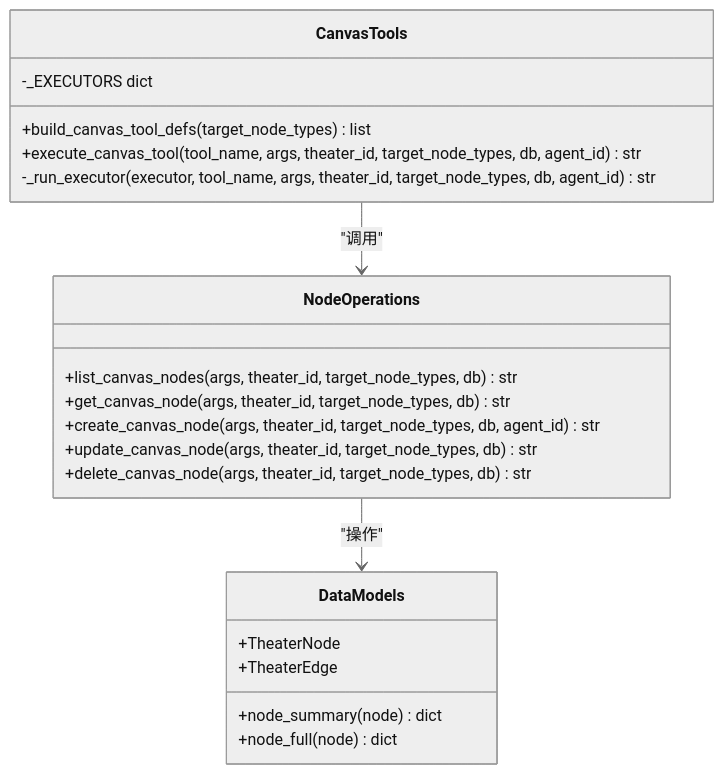
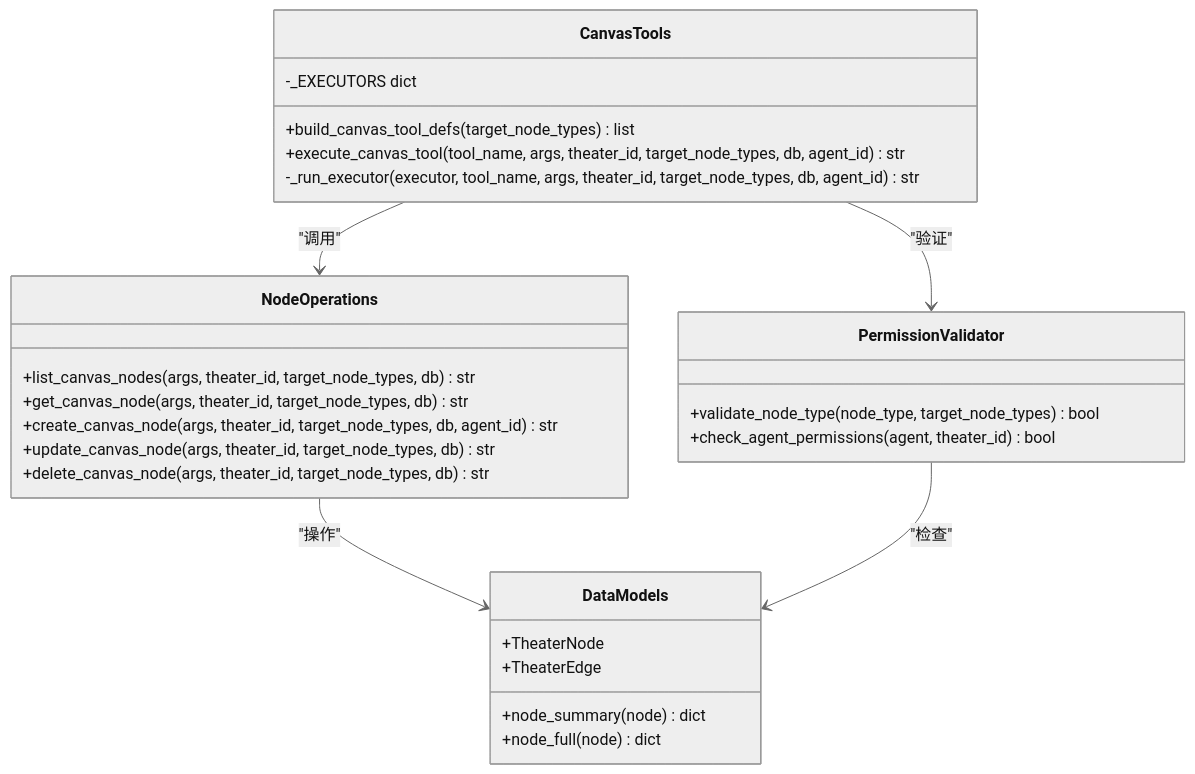
The third of 7 diagrams in .qoder/repowiki/zh/content/后端开发指南/画布工具服务.md (KunLabAI/KunFlix), drawn with Mermaid (neutral theme) before and after one commit. The commit also changed other lines of this file and 12 other files, not shown here.

````diff
--- a/.qoder/repowiki/zh/content/后端开发指南/画布工具服务.md
+++ b/.qoder/repowiki/zh/content/后端开发指南/画布工具服务.md
@@ -140,24 +186,30 @@
 ```mermaid
 classDiagram
 class CanvasTools {
 +build_canvas_tool_defs(target_node_types) list
 +execute_canvas_tool(tool_name, args, theater_id, target_node_types, db, agent_id) str
 -_run_executor(executor, tool_name, args, theater_id, target_node_types, db, agent_id) str
 -_EXECUTORS dict
 }
 class NodeOperations {
 +list_canvas_nodes(args, theater_id, target_node_types, db) str
 +get_canvas_node(args, theater_id, target_node_types, db) str
 +create_canvas_node(args, theater_id, target_node_types, db, agent_id) str
 +update_canvas_node(args, theater_id, target_node_types, db) str
 +delete_canvas_node(args, theater_id, target_node_types, db) str
 }
 class DataModels {
 +TheaterNode
 +TheaterEdge
 +node_summary(node) dict
 +node_full(node) dict
 }
+class PermissionValidator {
++validate_node_type(node_type, target_node_types) bool
++check_agent_permissions(agent, theater_id) bool
+}
 CanvasTools --> NodeOperations : "调用"
+CanvasTools --> PermissionValidator : "验证"
 NodeOperations --> DataModels : "操作"
+PermissionValidator --> DataModels : "检查"
 ```
````
